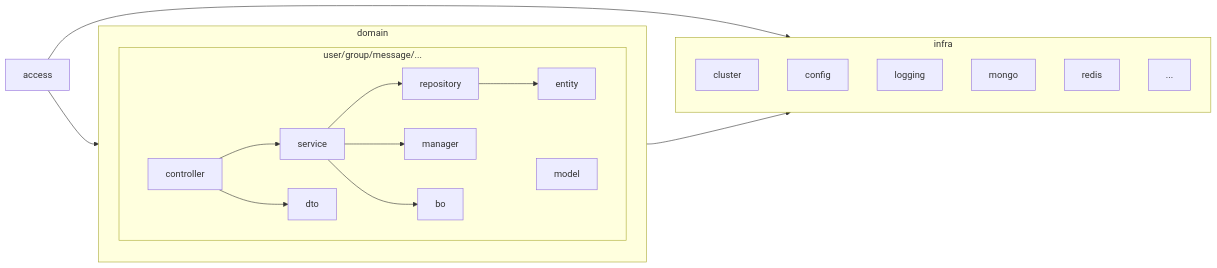
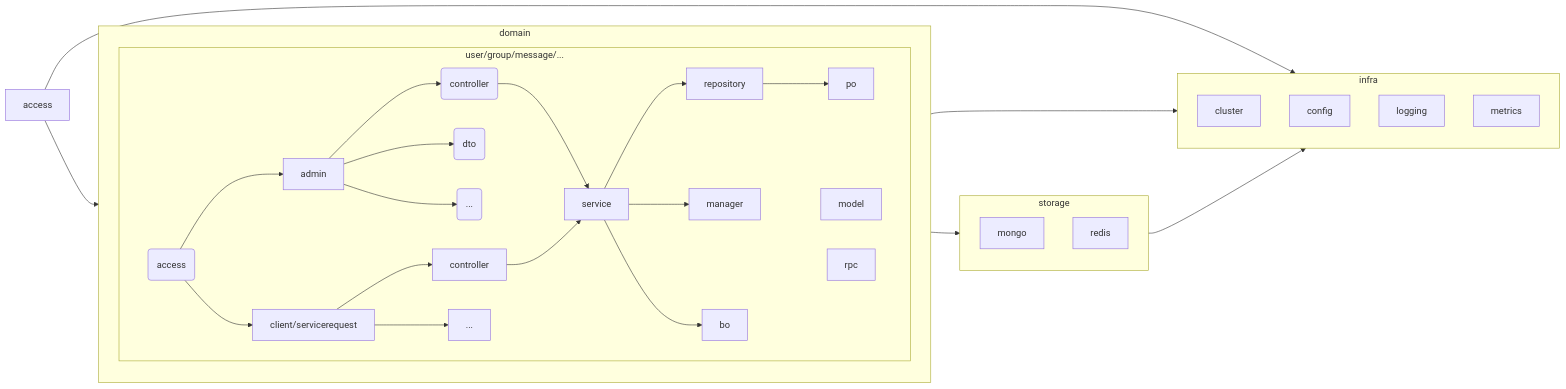
One commit to turms-im/turms changed the first of 4 diagrams in turms-docs/src/for-developers/code.md. Above: the diagram before and after it, drawn with Mermaid. The commit also changed other lines of this file and 16 other files, not shown here.

````diff
--- a/turms-docs/src/for-developers/code.md
+++ b/turms-docs/src/for-developers/code.md
@@ -41,26 +41,44 @@
 ```mermaid
 flowchart LR
     access-->domain
+    domain-->storage
     access-->infra
     domain-->infra
+    storage-->infra
     
     subgraph domain
         subgraph user/group/message/...
-            controller-->service-->repository
-            controller-->dto
+            domain-access(access)-->admin
+            domain-access(access)-->client/servicerequest
+            
+            admin-->admin-controller(controller)-->service
+            admin-->admin-dto(dto)
+            admin-->admin-others(...)
+            
+            client/servicerequest-->controller-->service
+            client/servicerequest-->...
+            
+            service-->repository
             service-->manager
             service-->bo
-            repository-->entity
+            
+            repository-->po
+            
             model
+            rpc
         end
+    end
+    
+    subgraph storage
+        mongo
+        redis
     end
     
     subgraph infra
         cluster
         config
         logging
-        mongo
-        redis
+        metrics
     ...
     end
 ```
````
